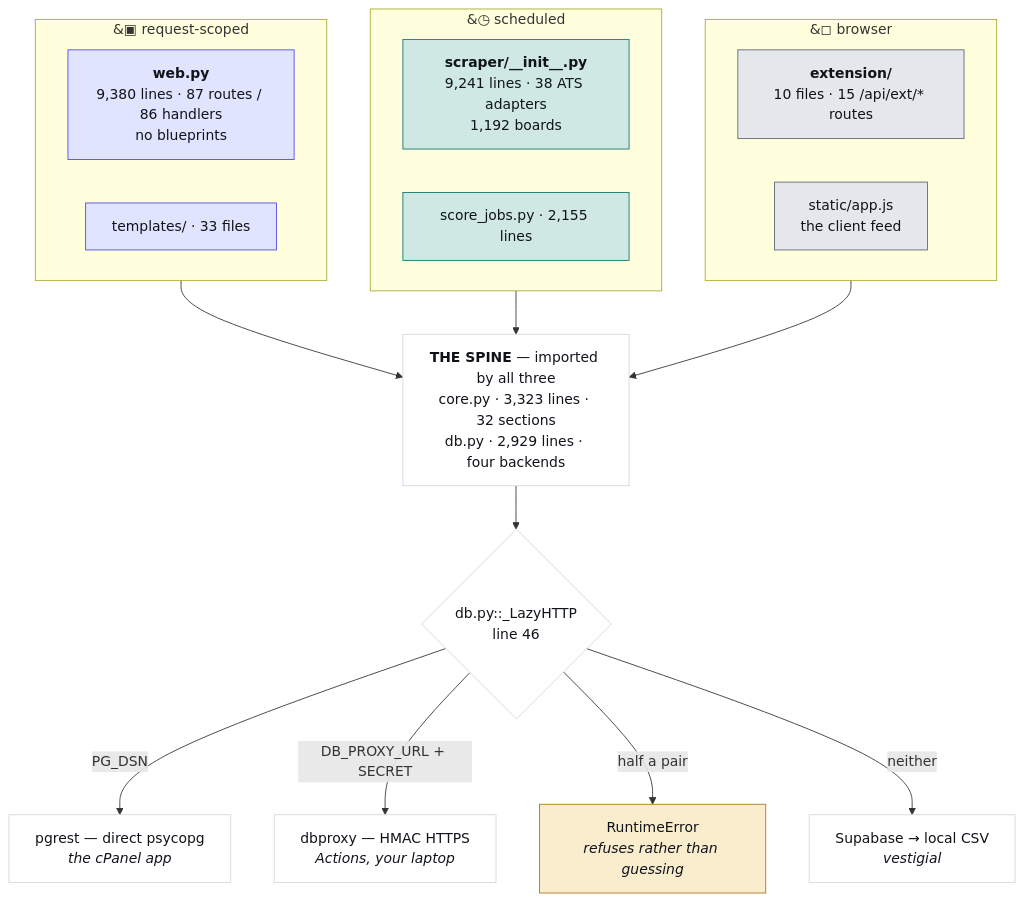
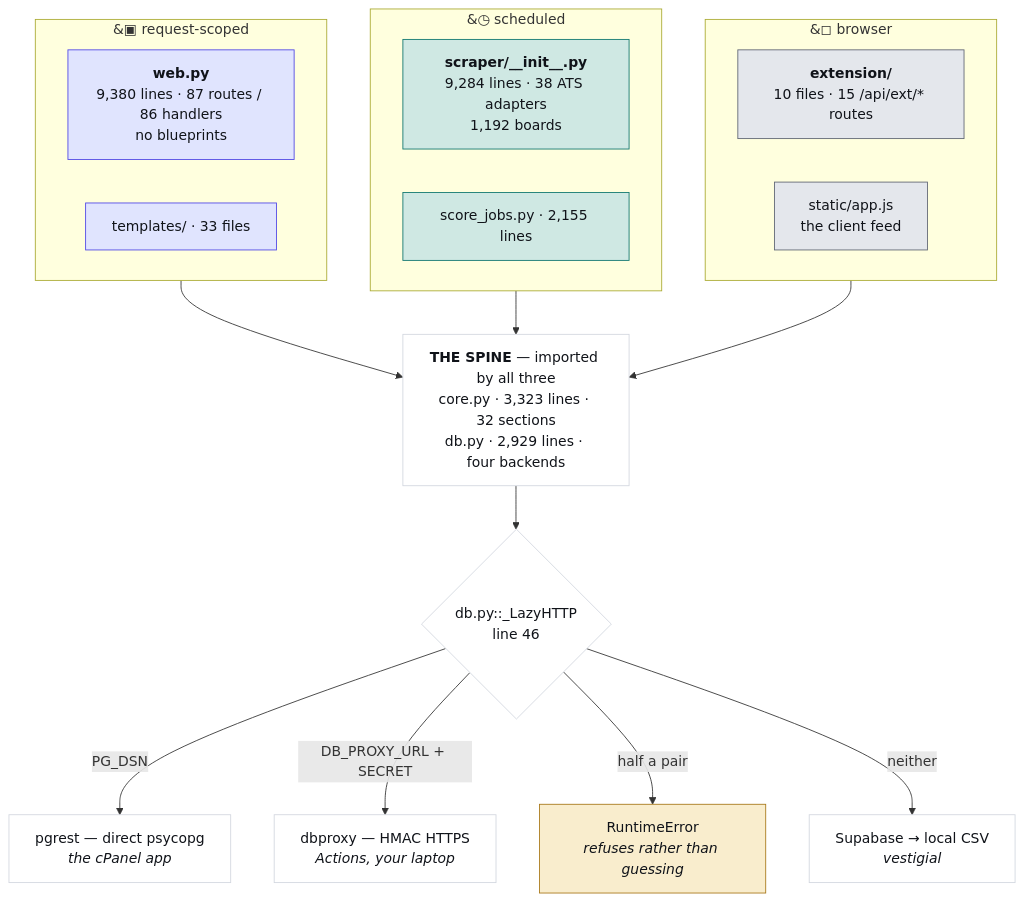
One commit to hadakunal909-debug/job-search-tool changed the first of 4 diagrams in JobMatch Scraper/docs/ARCHITECTURE.md. Above: the diagram before and after it, drawn with Mermaid. The commit also changed other lines of this file and 9 other files, not shown here.

````diff
--- a/JobMatch Scraper/docs/ARCHITECTURE.md
+++ b/JobMatch Scraper/docs/ARCHITECTURE.md
@@ -45,34 +45,34 @@
 ```mermaid
 flowchart TB
   subgraph REQ["&#9635; request-scoped"]
     W["<b>web.py</b><br/>9,380 lines · 87 routes / 86 handlers<br/>no blueprints"]
     T["templates/ · 33 files"]
   end
   subgraph SCH["&#9719; scheduled"]
-    S["<b>scraper/__init__.py</b><br/>9,241 lines · 38 ATS adapters<br/>1,192 boards"]
+    S["<b>scraper/__init__.py</b><br/>9,284 lines · 38 ATS adapters<br/>1,192 boards"]
     J["score_jobs.py · 2,155 lines"]
   end
   subgraph CLI["&#9723; browser"]
     E["<b>extension/</b><br/>10 files · 15 /api/ext/* routes"]
     A["static/app.js<br/>the client feed"]
   end
   SPINE["<b>THE SPINE</b> — imported by all three<br/>core.py · 3,323 lines · 32 sections<br/>db.py · 2,929 lines · four backends"]
   REQ --> SPINE
   SCH --> SPINE
   CLI --> SPINE
   SPINE --> D{"db.py::_LazyHTTP<br/>line 46"}
   D -->|"PG_DSN"| P["pgrest — direct psycopg<br/><i>the cPanel app</i>"]
   D -->|"DB_PROXY_URL + SECRET"| X["dbproxy — HMAC HTTPS<br/><i>Actions, your laptop</i>"]
   D -->|"half a pair"| R["RuntimeError<br/><i>refuses rather than guessing</i>"]
   D -->|"neither"| V["Supabase → local CSV<br/><i>vestigial</i>"]
   classDef web fill:#e0e4fe,stroke:#4f46e5,color:#101319
   classDef sched fill:#cfe8e3,stroke:#0f766e,color:#101319
   classDef client fill:#e4e7ec,stroke:#5f6573,color:#101319
   classDef trap fill:#f9edcd,stroke:#a8781a,color:#101319
   classDef plain fill:#ffffff,stroke:#d3d7df,color:#101319
   class W,T web
   class S,J sched
   class E,A client
   class R trap
   class SPINE,D,P,X,V plain
 ```
````
